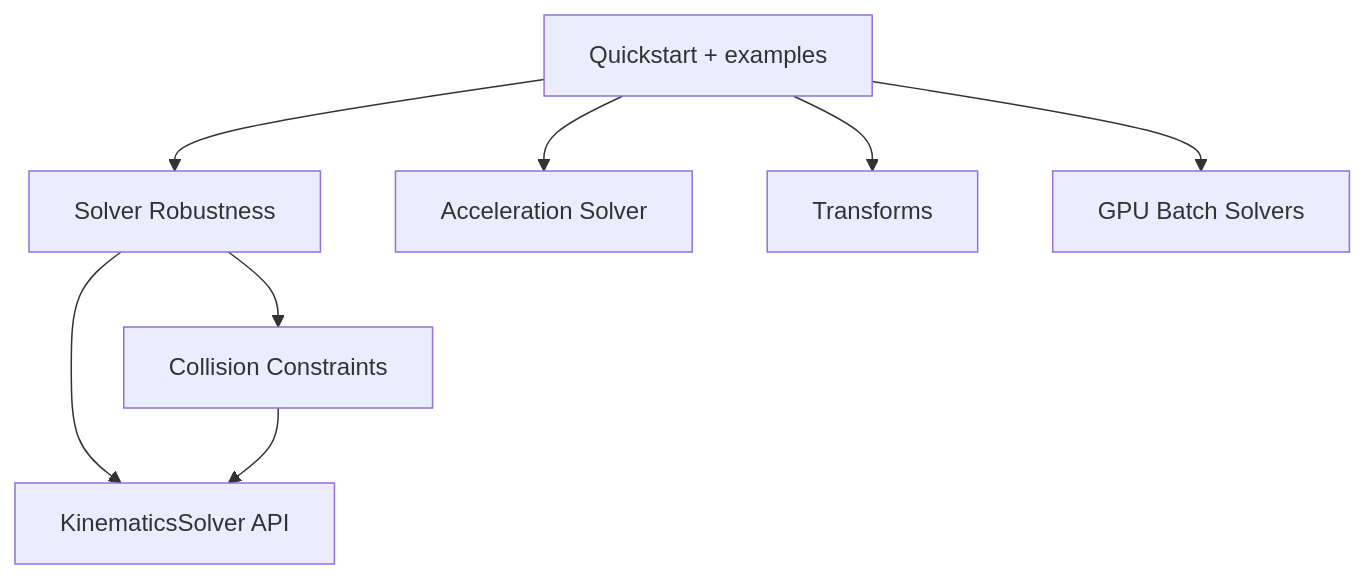
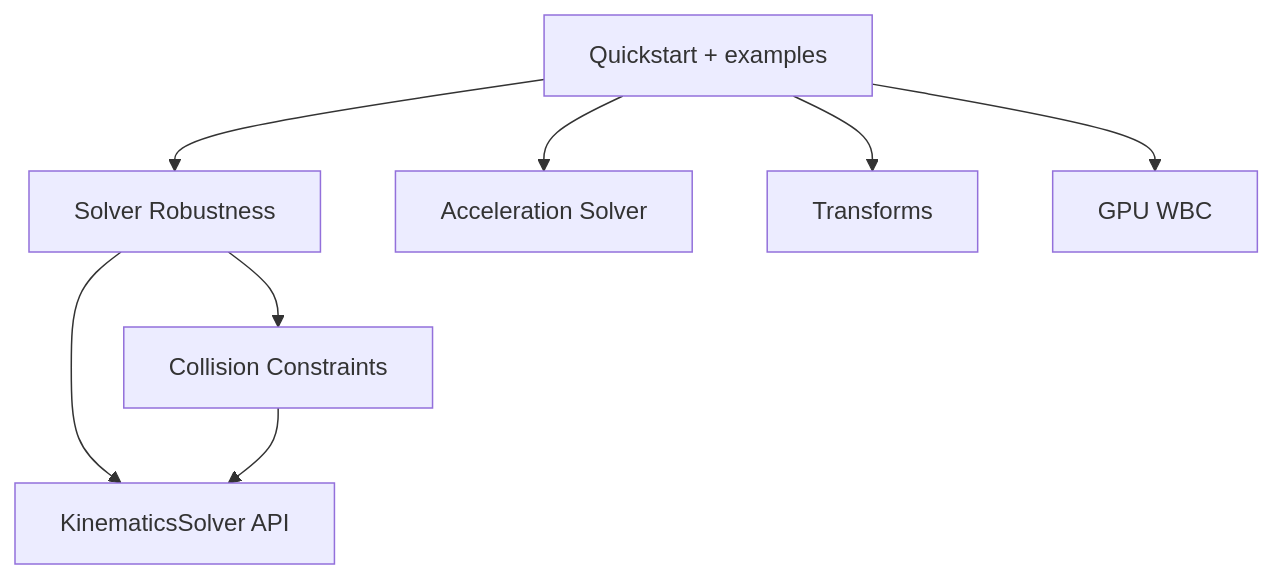
One commit to robodreamer/embodik changed the diagram in docs/guides/index.md. Above: the diagram before and after it, drawn with Mermaid. The commit also changed other lines of this file and 12 other files, not shown here.

Commit message:
docs(gpu): publish scale-out WBC showcase

````diff
--- a/docs/guides/index.md
+++ b/docs/guides/index.md
@@ -21,10 +21,10 @@
 ```mermaid
 flowchart TB
   Q[Quickstart + examples] --> R[Solver Robustness]
   R --> C[Collision Constraints]
   R --> API[KinematicsSolver API]
   Q --> A[Acceleration Solver]
   C --> API
   Q --> T[Transforms]
-  Q --> G[GPU Batch Solvers]
+  Q --> G[GPU WBC]
 ```
````
